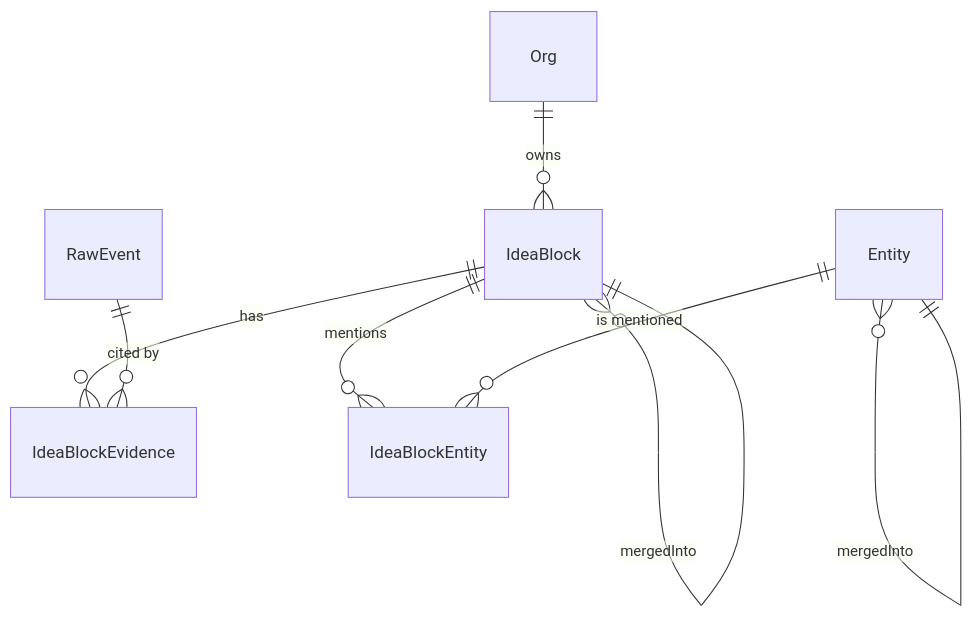
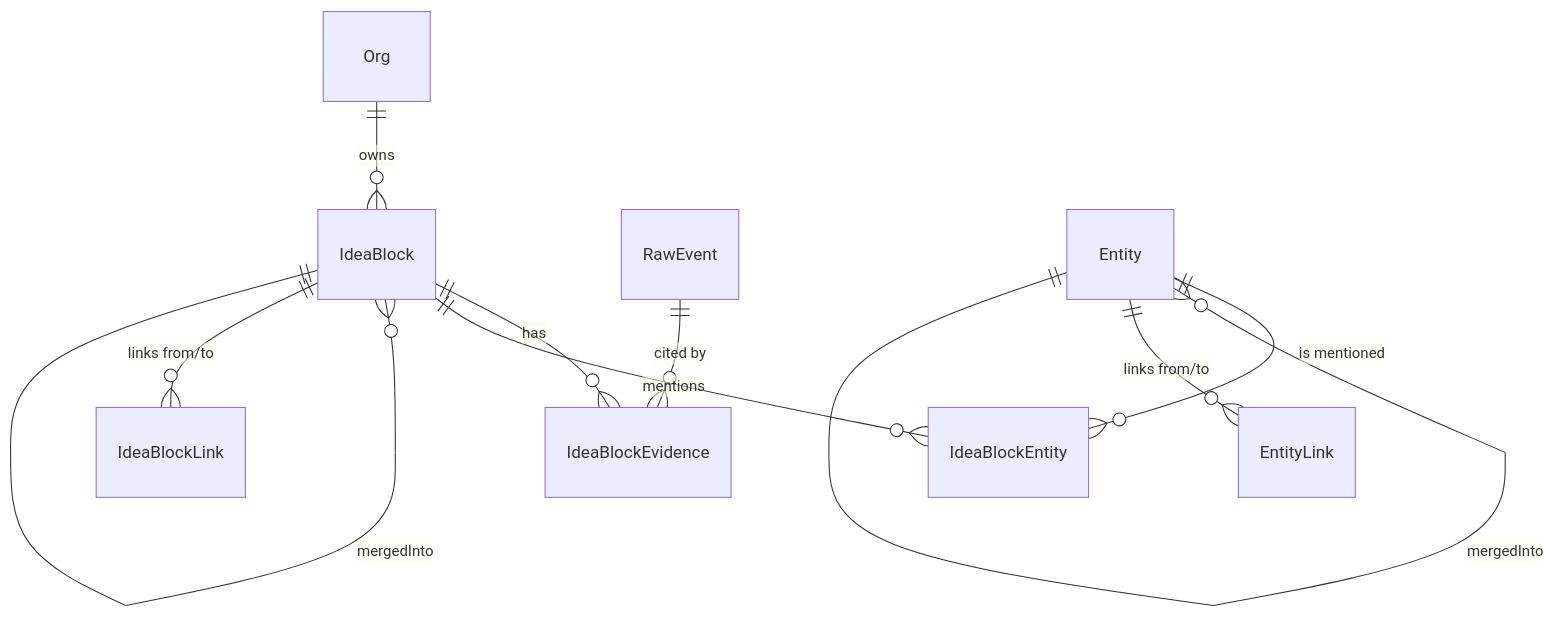
The diagram in second-brain/02_architecture/data-model.md (call-intellect/z), drawn with Mermaid before and after one commit. The commit also changed other lines of this file and 8 other files, not shown here.

First line of the commit message:
feat(knowledge-core): фаза 3 шаг 5 — graph API + routes + second-brain

````diff
--- a/second-brain/02_architecture/data-model.md
+++ b/second-brain/02_architecture/data-model.md
@@ -403,10 +460,12 @@
 ```mermaid
 erDiagram
   Org ||--o{ IdeaBlock : owns
   IdeaBlock ||--o{ IdeaBlockEvidence : "has"
   RawEvent ||--o{ IdeaBlockEvidence : "cited by"
   IdeaBlock ||--o{ IdeaBlockEntity : mentions
   Entity ||--o{ IdeaBlockEntity : "is mentioned"
   IdeaBlock }o--|| IdeaBlock : mergedInto
   Entity }o--|| Entity : mergedInto
+  IdeaBlock ||--o{ IdeaBlockLink : "links from/to"
+  Entity ||--o{ EntityLink : "links from/to"
 ```
````
